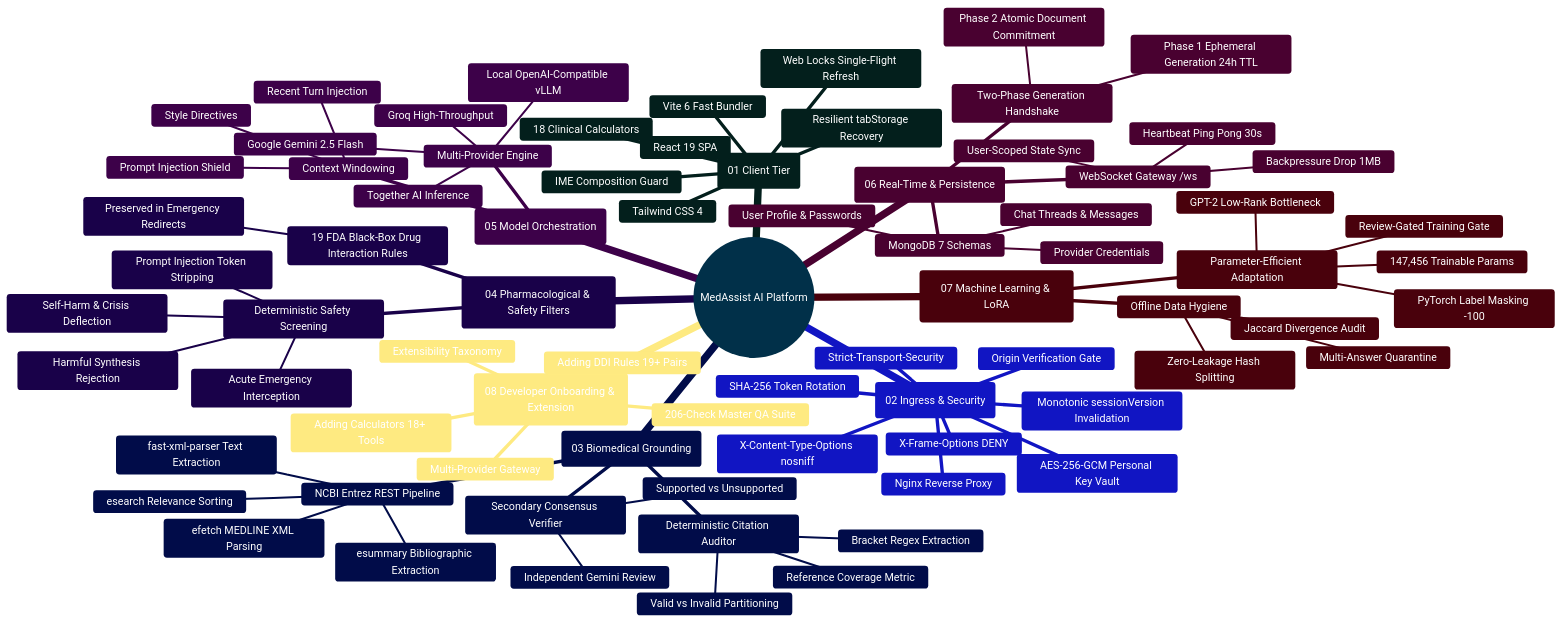
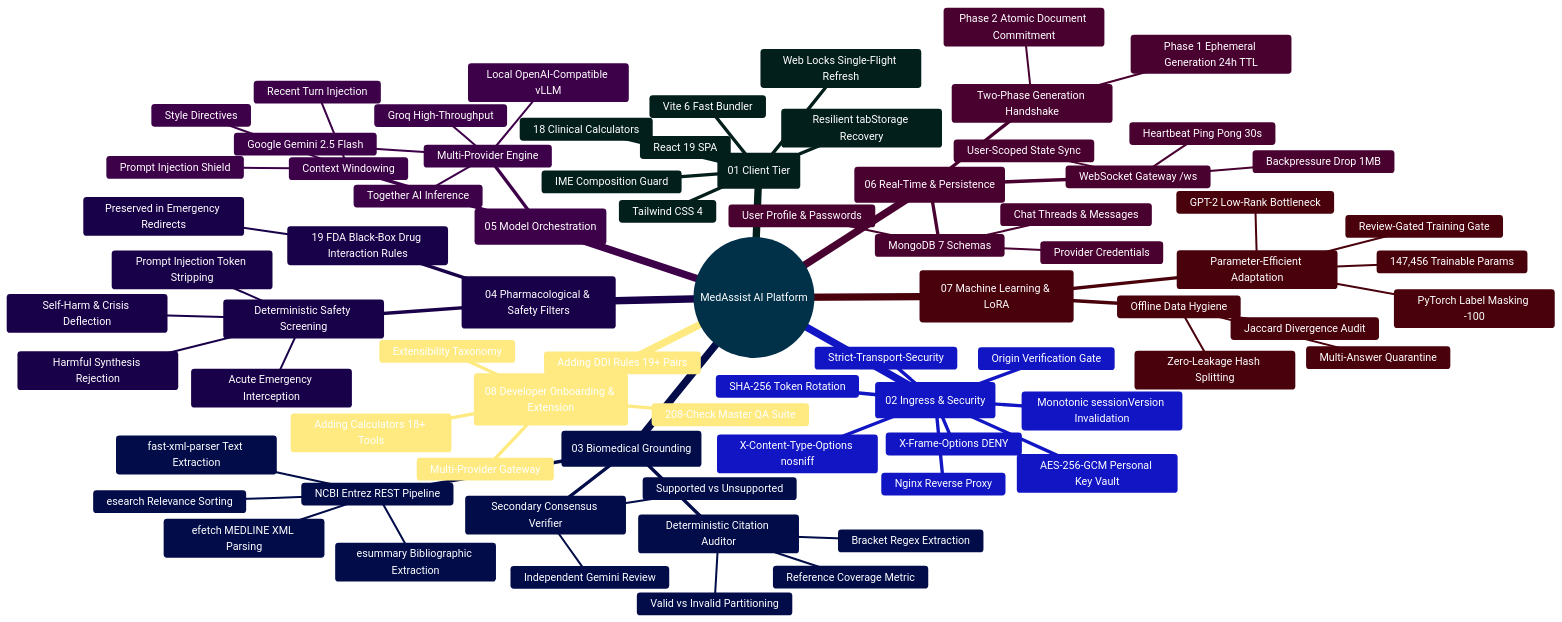
Before and after one commit to Ganesh172919/React-App-LLM: the first of 2 diagrams in docs/README.md, drawn with Mermaid. The commit also changed other lines of this file and 70 other files, not shown here.

````diff
--- a/docs/README.md
+++ b/docs/README.md
@@ -94,82 +96,82 @@
 ```mermaid
 %%{init: {'theme': 'base', 'themeVariables': { 'primaryColor': '#0284c7', 'primaryTextColor': '#ffffff', 'primaryBorderColor': '#0369a1', 'lineColor': '#0284c7', 'secondaryColor': '#0d9488', 'tertiaryColor': '#6366f1' }}}%%
 mindmap
   root((MedAssist AI Platform))
     ::icon(fa fa-heartbeat)
     (01 Client Tier)
       React 19 SPA
       Vite 6 Fast Bundler
       Tailwind CSS 4
       Web Locks Single-Flight Refresh
       Resilient tabStorage Recovery
       IME Composition Guard
       18 Clinical Calculators
     (02 Ingress & Security)
       Nginx Reverse Proxy
       Origin Verification Gate
       Strict-Transport-Security
       X-Content-Type-Options nosniff
       X-Frame-Options DENY
       AES-256-GCM Personal Key Vault
       Monotonic sessionVersion Invalidation
       SHA-256 Token Rotation
     (03 Biomedical Grounding)
       NCBI Entrez REST Pipeline
         esearch Relevance Sorting
         esummary Bibliographic Extraction
         efetch MEDLINE XML Parsing
         fast-xml-parser Text Extraction
       Deterministic Citation Auditor
         Bracket Regex Extraction
         Valid vs Invalid Partitioning
         Reference Coverage Metric
       Secondary Consensus Verifier
         Independent Gemini Review
         Supported vs Unsupported
     (04 Pharmacological & Safety Filters)
       Deterministic Safety Screening
         Self-Harm & Crisis Deflection
         Acute Emergency Interception
         Harmful Synthesis Rejection
         Prompt Injection Token Stripping
       19 FDA Black-Box Drug Interaction Rules
         Preserved in Emergency Redirects
     (05 Model Orchestration)
       Multi-Provider Engine
         Google Gemini 2.5 Flash
         Groq High-Throughput
         Together AI Inference
         Local OpenAI-Compatible vLLM
       Context Windowing
         Recent Turn Injection
         Prompt Injection Shield
         Style Directives
     (06 Real-Time & Persistence)
       Two-Phase Generation Handshake
         Phase 1 Ephemeral Generation 24h TTL
         Phase 2 Atomic Document Commitment
       WebSocket Gateway /ws
         Heartbeat Ping Pong 30s
         Backpressure Drop 1MB
         User-Scoped State Sync
       MongoDB 7 Schemas
         User Profile & Passwords
         Chat Threads & Messages
         Provider Credentials
     (07 Machine Learning & LoRA)
       Offline Data Hygiene
         Jaccard Divergence Audit
         Multi-Answer Quarantine
         Zero-Leakage Hash Splitting
       Parameter-Efficient Adaptation
         GPT-2 Low-Rank Bottleneck
         147,456 Trainable Params
         PyTorch Label Masking -100
         Review-Gated Training Gate
     (08 Developer Onboarding & Extension)
       Extensibility Taxonomy
       Adding DDI Rules 19+ Pairs
       Adding Calculators 18+ Tools
       Multi-Provider Gateway
-      206-Check Master QA Suite
+      208-Check Master QA Suite
 ```
````
